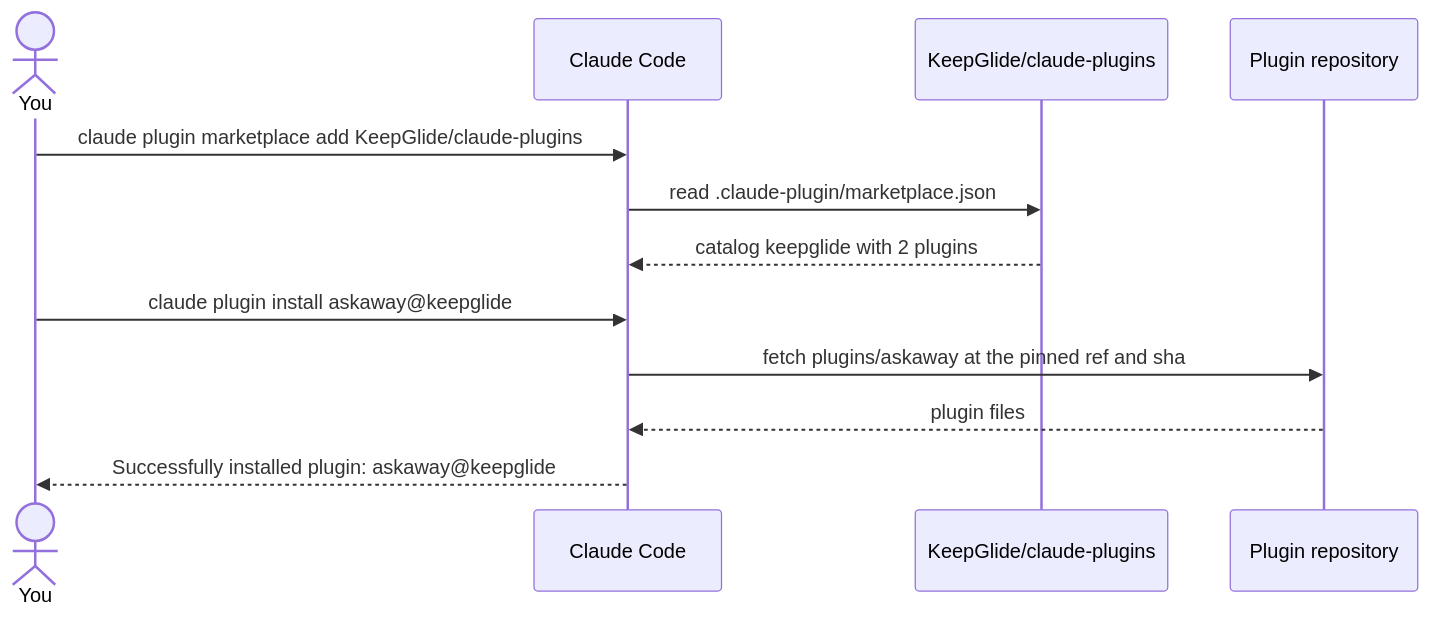
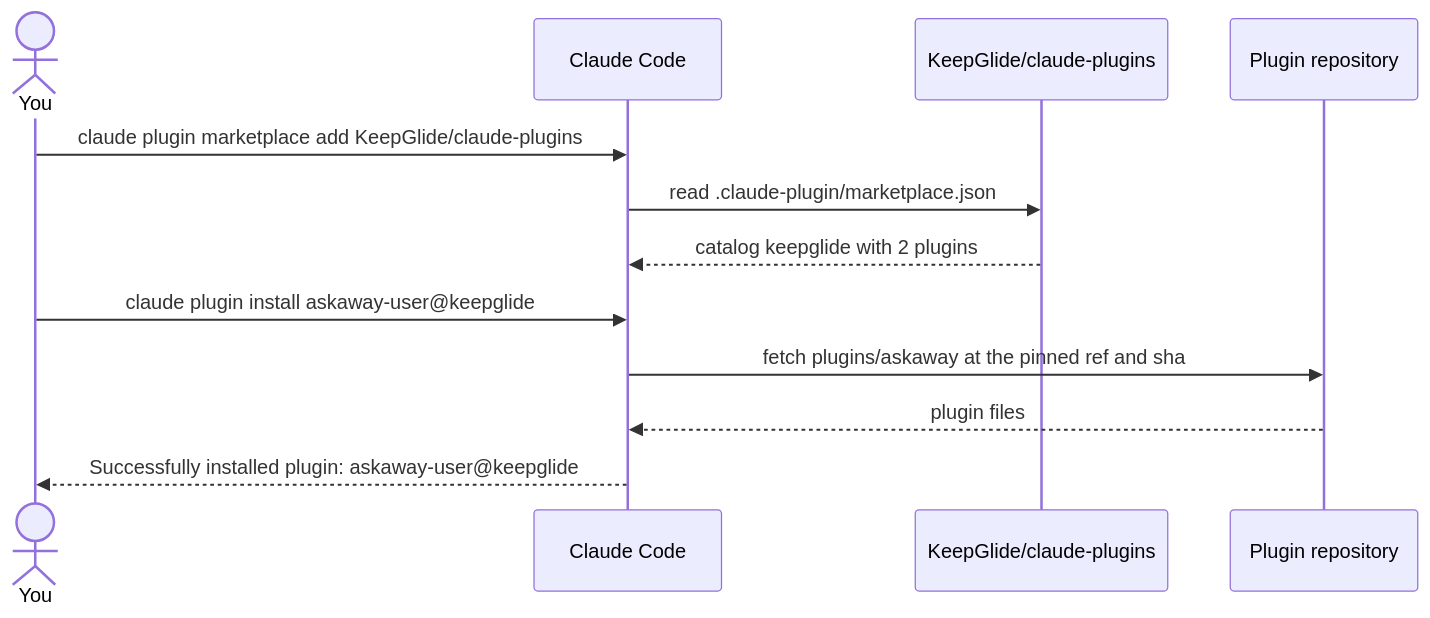
Before and after one commit to KeepGlide/claude-plugins: the second of 2 diagrams in README.md, drawn with Mermaid. The commit also changed other lines of this file and 3 other files, not shown here.

First line of the commit message:
refactor(catalog): rename plugins to askaway-user and askaway-model

````diff
--- a/README.md
+++ b/README.md
@@ -61,14 +61,14 @@
 ```mermaid
 sequenceDiagram
   actor U as You
   participant CC as Claude Code
   participant MP as KeepGlide/claude-plugins
   participant PR as Plugin repository
   U->>CC: claude plugin marketplace add KeepGlide/claude-plugins
   CC->>MP: read .claude-plugin/marketplace.json
   MP-->>CC: catalog keepglide with 2 plugins
-  U->>CC: claude plugin install askaway@keepglide
+  U->>CC: claude plugin install askaway-user@keepglide
   CC->>PR: fetch plugins/askaway at the pinned ref and sha
   PR-->>CC: plugin files
-  CC-->>U: Successfully installed plugin: askaway@keepglide
+  CC-->>U: Successfully installed plugin: askaway-user@keepglide
 ```
````
